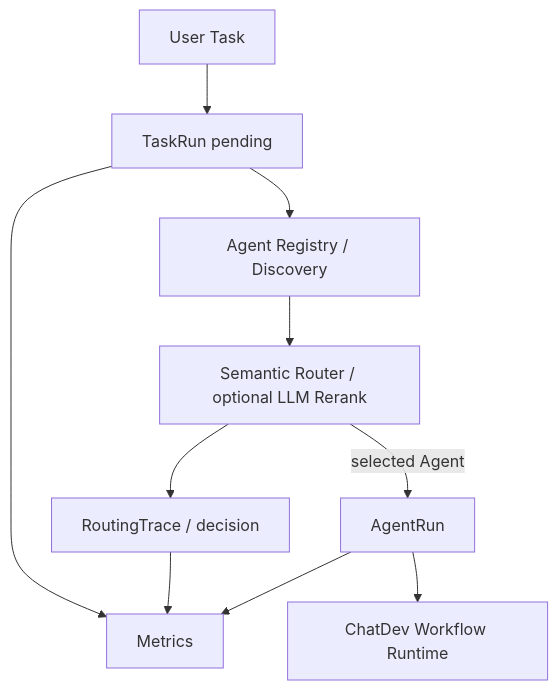
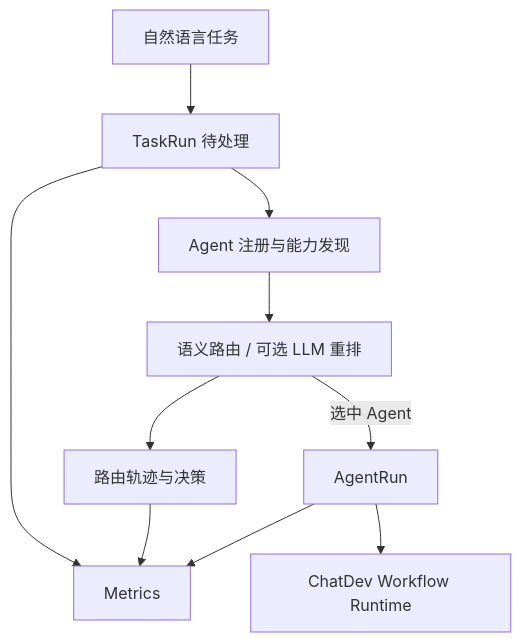
One commit to hongmuyu/AgentHub changed the diagram in README.md. Above: the diagram before and after it, drawn with Mermaid. The commit also changed other lines of this file and 5 other files, not shown here.

````diff
--- a/README.md
+++ b/README.md
@@ -66,12 +138,12 @@
 ```mermaid
 flowchart TD
-    U[User Task] --> T[TaskRun pending]
-    T --> D[Agent Registry / Discovery]
-    D --> R[Semantic Router / optional LLM Rerank]
-    R --> Q[RoutingTrace / decision]
-    R -->|selected Agent| A[AgentRun]
+    U[自然语言任务] --> T[TaskRun 待处理]
+    T --> D[Agent 注册与能力发现]
+    D --> R[语义路由 / 可选 LLM 重排]
+    R --> Q[路由轨迹与决策]
+    R -->|选中 Agent| A[AgentRun]
     A --> W[ChatDev Workflow Runtime]
     T --> M[Metrics]
     Q --> M
     A --> M
 ```
````
